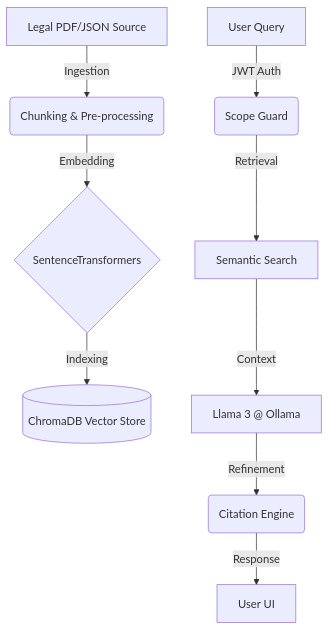
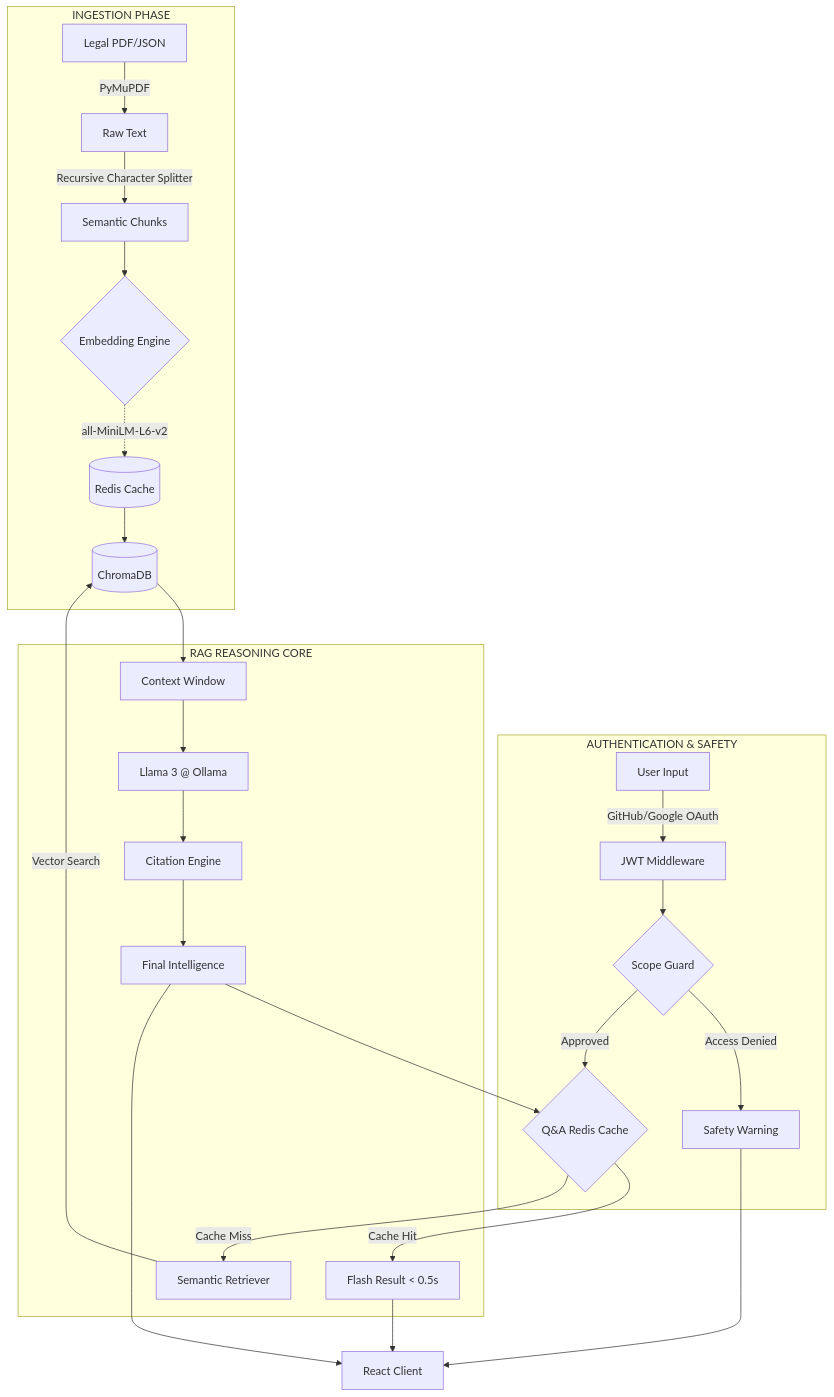
Before and after one commit to yPMDD/tech-policy-rag: the diagram in README.md, drawn with Mermaid. The commit also changed other lines of this file, not shown here.

Commit message:
+ enhanced engineering architecture diagram in readme

````diff
--- a/README.md
+++ b/README.md
@@ -18,12 +18,32 @@
 ```mermaid
 graph TD
-    A[Legal PDF/JSON Source] -->|Ingestion| B(Chunking & Pre-processing)
-    B -->|Embedding| C{SentenceTransformers}
-    C -->|Indexing| D[(ChromaDB Vector Store)]
-    
-    E[User Query] -->|JWT Auth| F(Scope Guard)
-    F -->|Retrieval| G[Semantic Search]
-    G -->|Context| H[Llama 3 @ Ollama]
-    H -->|Refinement| I(Citation Engine)
-    I -->|Response| J[User UI]
+    subgraph "INGESTION PHASE"
+        A[Legal PDF/JSON] -->|PyMuPDF| B[Raw Text]
+        B -->|Recursive Character Splitter| C[Semantic Chunks]
+        C --> D{Embedding Engine}
+        D -.->|all-MiniLM-L6-v2| E[(Redis Cache)]
+        E --> F[(ChromaDB)]
+    end
+
+    subgraph "AUTHENTICATION & SAFETY"
+        G[User Input] -->|GitHub/Google OAuth| H[JWT Middleware]
+        H --> I{Scope Guard}
+        I -- Access Denied --> J[Safety Warning]
+        I -- Approved --> K{Q&A Redis Cache}
+    end
+
+    subgraph "RAG REASONING CORE"
+        K -- Cache Hit --> L[Flash Result < 0.5s]
+        K -- Cache Miss --> M[Semantic Retriever]
+        M -->|Vector Search| F
+        F --> N[Context Window]
+        N --> O[Llama 3 @ Ollama]
+        O --> P[Citation Engine]
+        P --> Q[Final Intelligence]
+        Q --> K
+    end
+
+    L --> R[React Client]
+    Q --> R
+    J --> R
 ```
````
